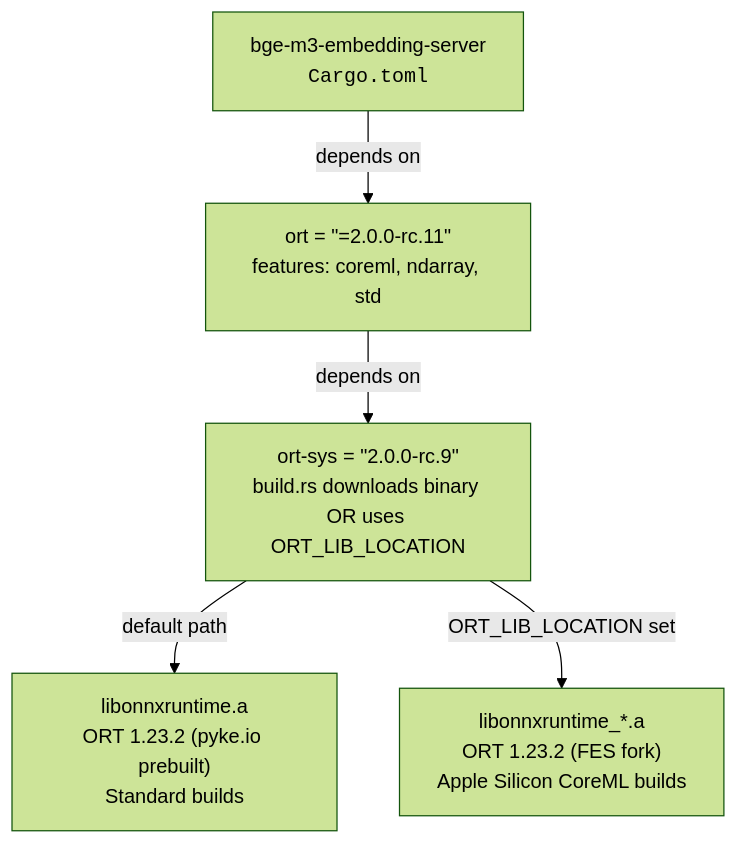
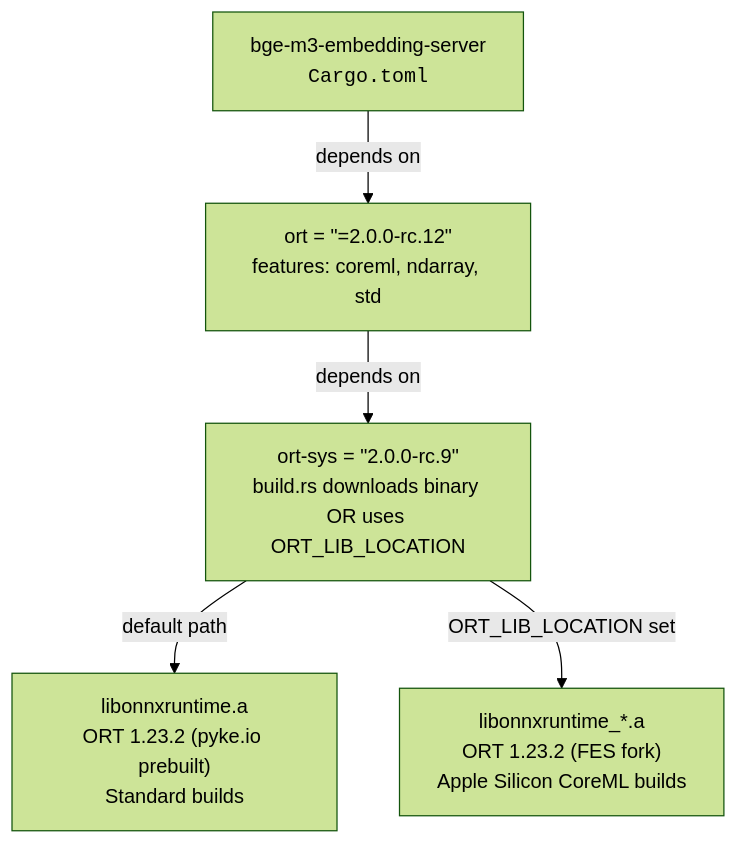
One commit to Fulton-Engineering-Services/bge-m3-embedding-server changed the second of 2 diagrams in docs/coreml-ep.md. Above: the diagram before and after it, drawn with Mermaid (forest theme). The commit also changed other lines of this file and 117 other files, not shown here.

````diff
--- a/docs/coreml-ep.md
+++ b/docs/coreml-ep.md
@@ -100,13 +94,13 @@
 ```mermaid
 graph TD
     App["bge-m3-embedding-server<br/><code>Cargo.toml</code>"]
-    ORT["ort = &quot;=2.0.0-rc.11&quot;<br/>features: coreml, ndarray, std"]
+    ORT["ort = &quot;=2.0.0-rc.12&quot;<br/>features: coreml, ndarray, std"]
     SYS["ort-sys = &quot;2.0.0-rc.9&quot;<br/>build.rs downloads binary OR uses ORT_LIB_LOCATION"]
     LIB_PYKE["libonnxruntime.a<br/>ORT 1.23.2 (pyke.io prebuilt)<br/>Standard builds"]
     LIB_CUSTOM["libonnxruntime_*.a<br/>ORT 1.23.2 (FES fork)<br/>Apple Silicon CoreML builds"]
 
     App -->|"depends on"| ORT
     ORT -->|"depends on"| SYS
     SYS -->|"default path"| LIB_PYKE
     SYS -->|"ORT_LIB_LOCATION set"| LIB_CUSTOM
 ```
````
